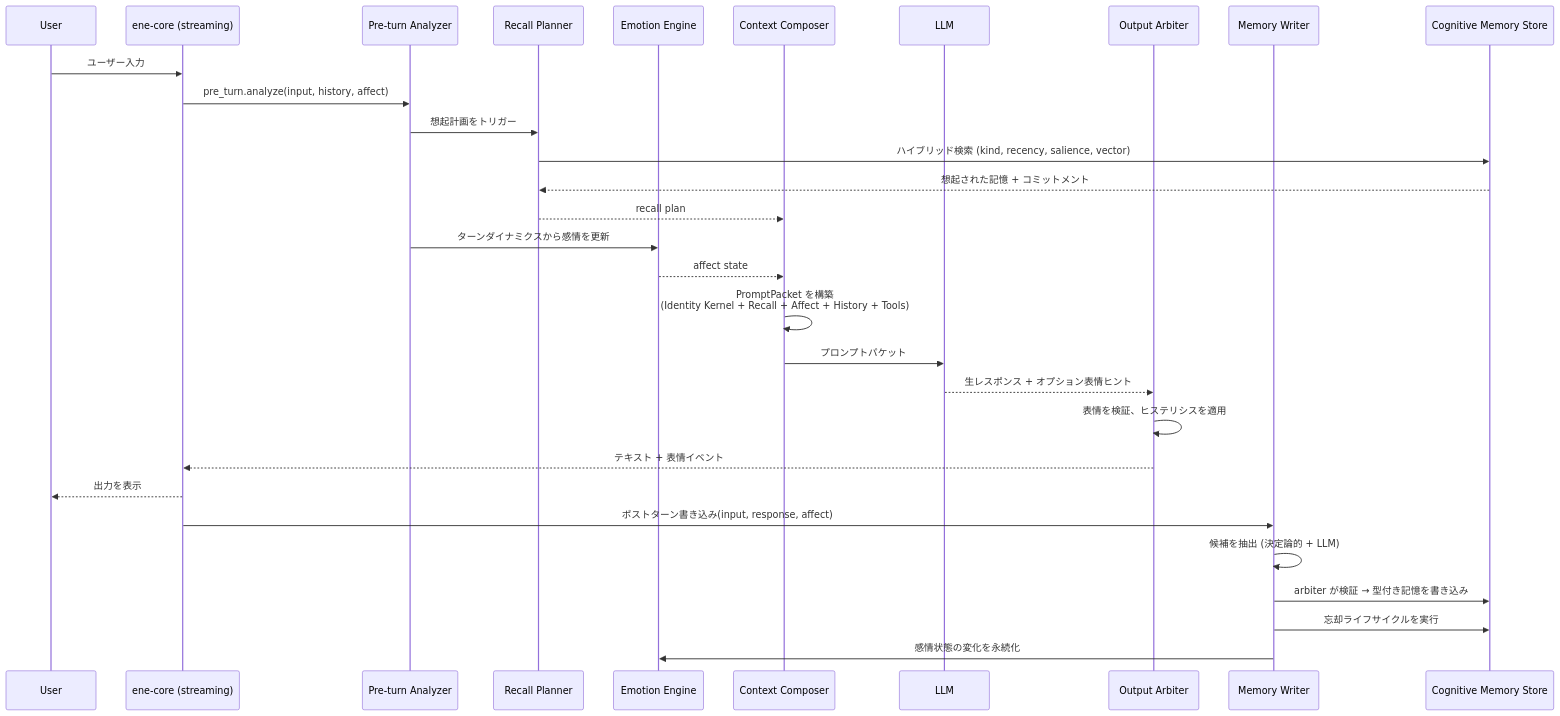
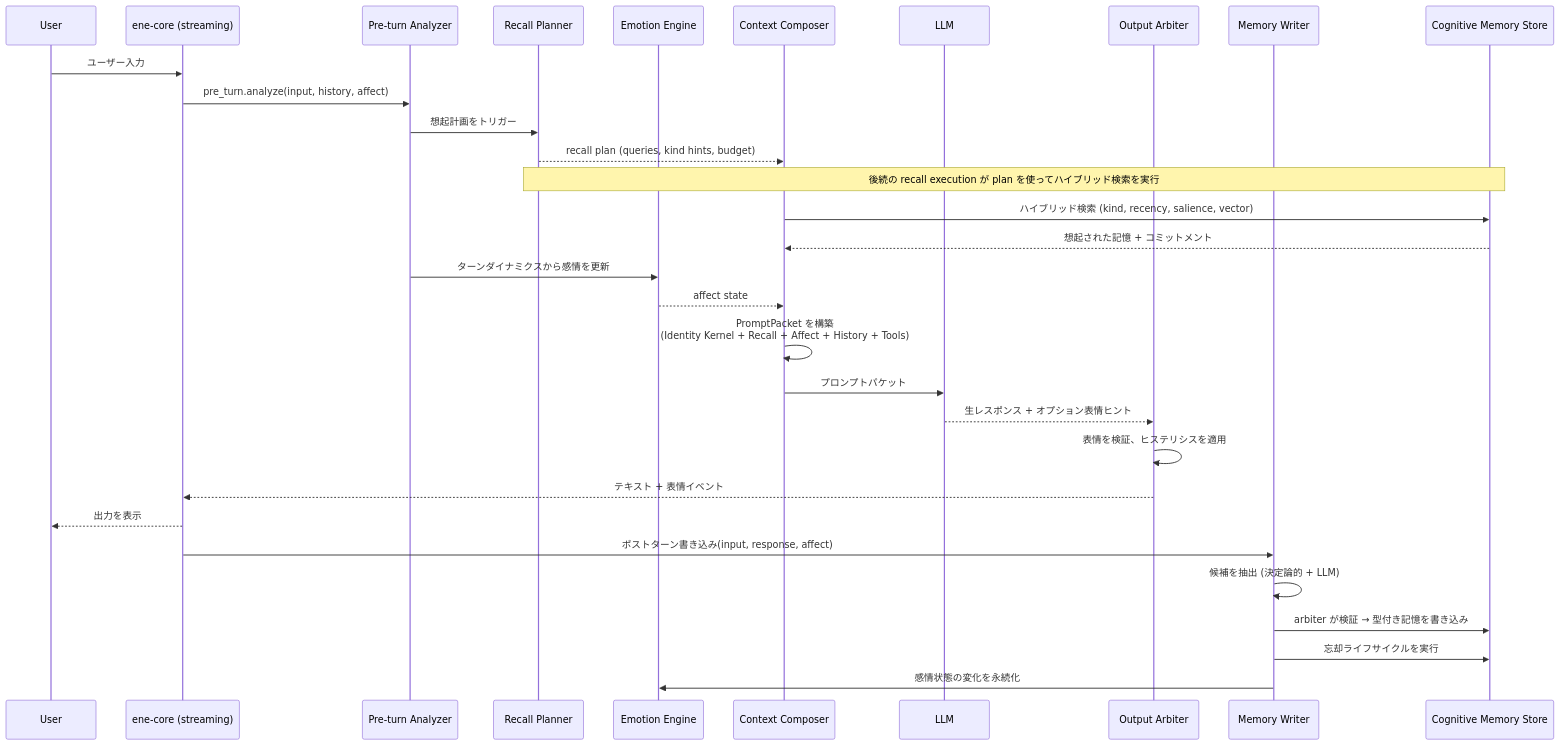
One commit to pexisgle/ene changed the diagram in docs/ja/architecture/cognitive-runtime.md. Above: the diagram before and after it, drawn with Mermaid. The commit also changed other lines of this file and 14 other files, not shown here.

First line of the commit message:
feat(cognition): implement RecallPlan generation (#72)

````diff
--- a/docs/ja/architecture/cognitive-runtime.md
+++ b/docs/ja/architecture/cognitive-runtime.md
@@ -64,33 +64,34 @@
 ```mermaid
 sequenceDiagram
     participant User
     participant Streaming as ene-core (streaming)
     participant PreTurn as Pre-turn Analyzer
     participant Recall as Recall Planner
     participant Emotion as Emotion Engine
     participant Composer as Context Composer
     participant LLM
     participant Arbiter as Output Arbiter
     participant Writer as Memory Writer
     participant Store as Cognitive Memory Store
 
     User->>Streaming: ユーザー入力
     Streaming->>PreTurn: pre_turn.analyze(input, history, affect)
     PreTurn->>Recall: 想起計画をトリガー
-    Recall->>Store: ハイブリッド検索 (kind, recency, salience, vector)
-    Store-->>Recall: 想起された記憶 + コミットメント
-    Recall-->>Composer: recall plan
+    Recall-->>Composer: recall plan (queries, kind hints, budget)
+    Note over Recall,Store: 後続の recall execution が plan を使ってハイブリッド検索を実行
+    Composer->>Store: ハイブリッド検索 (kind, recency, salience, vector)
+    Store-->>Composer: 想起された記憶 + コミットメント
     PreTurn->>Emotion: ターンダイナミクスから感情を更新
     Emotion-->>Composer: affect state
     Composer->>Composer: PromptPacket を構築<br/>(Identity Kernel + Recall + Affect + History + Tools)
     Composer->>LLM: プロンプトパケット
     LLM-->>Arbiter: 生レスポンス + オプション表情ヒント
     Arbiter->>Arbiter: 表情を検証、ヒステリシスを適用
     Arbiter-->>Streaming: テキスト + 表情イベント
     Streaming-->>User: 出力を表示
     Streaming->>Writer: ポストターン書き込み(input, response, affect)
     Writer->>Writer: 候補を抽出 (決定論的 + LLM)
     Writer->>Store: arbiter が検証 → 型付き記憶を書き込み
     Writer->>Store: 忘却ライフサイクルを実行
     Writer->>Emotion: 感情状態の変化を永続化
 ```
````
